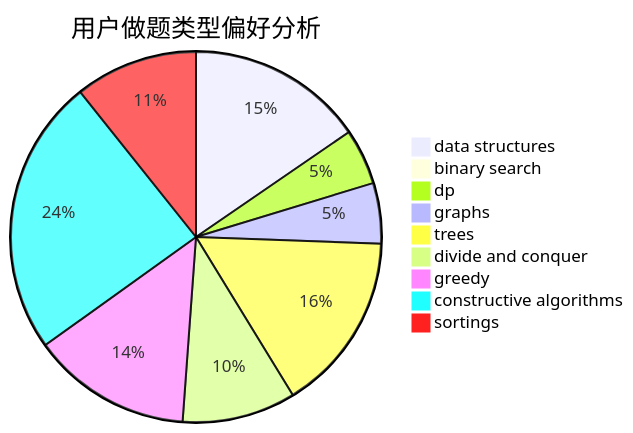
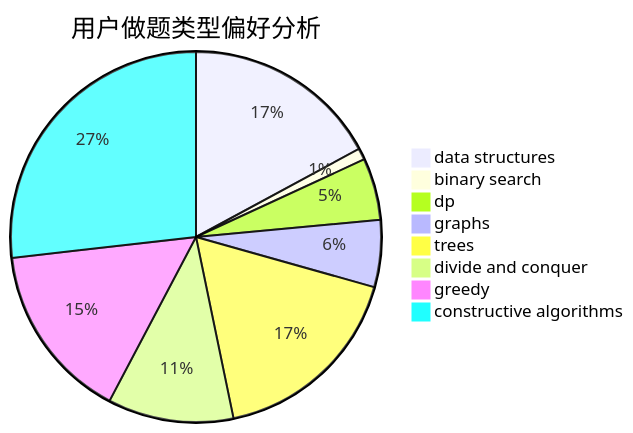
Before and after one commit to sherpahu/cfrs.github.io: the second of 3 diagrams in docs/user/u927.md, drawn with Mermaid. The commit also changed other lines of this file and 2769 other files, not shown here.

````diff
--- a/docs/user/u927.md
+++ b/docs/user/u927.md
@@ -18,12 +18,11 @@
 ```mermaid
 pie title 用户做题类型偏好分析
     "data structures" :  187
     "binary search" :  11
     "dp" :  59
     "graphs" :  64
     "trees" :  190
     "divide and conquer" :  120
     "greedy" :  169
     "constructive algorithms" :  293
-    "sortings" :  130
 ```
````
